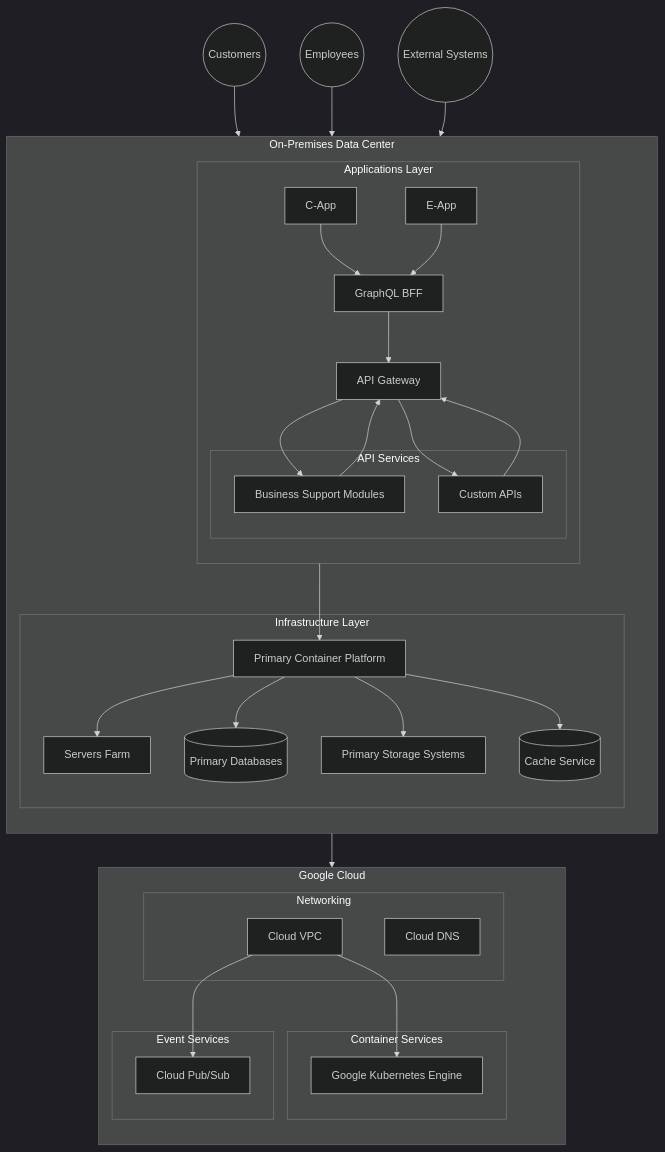
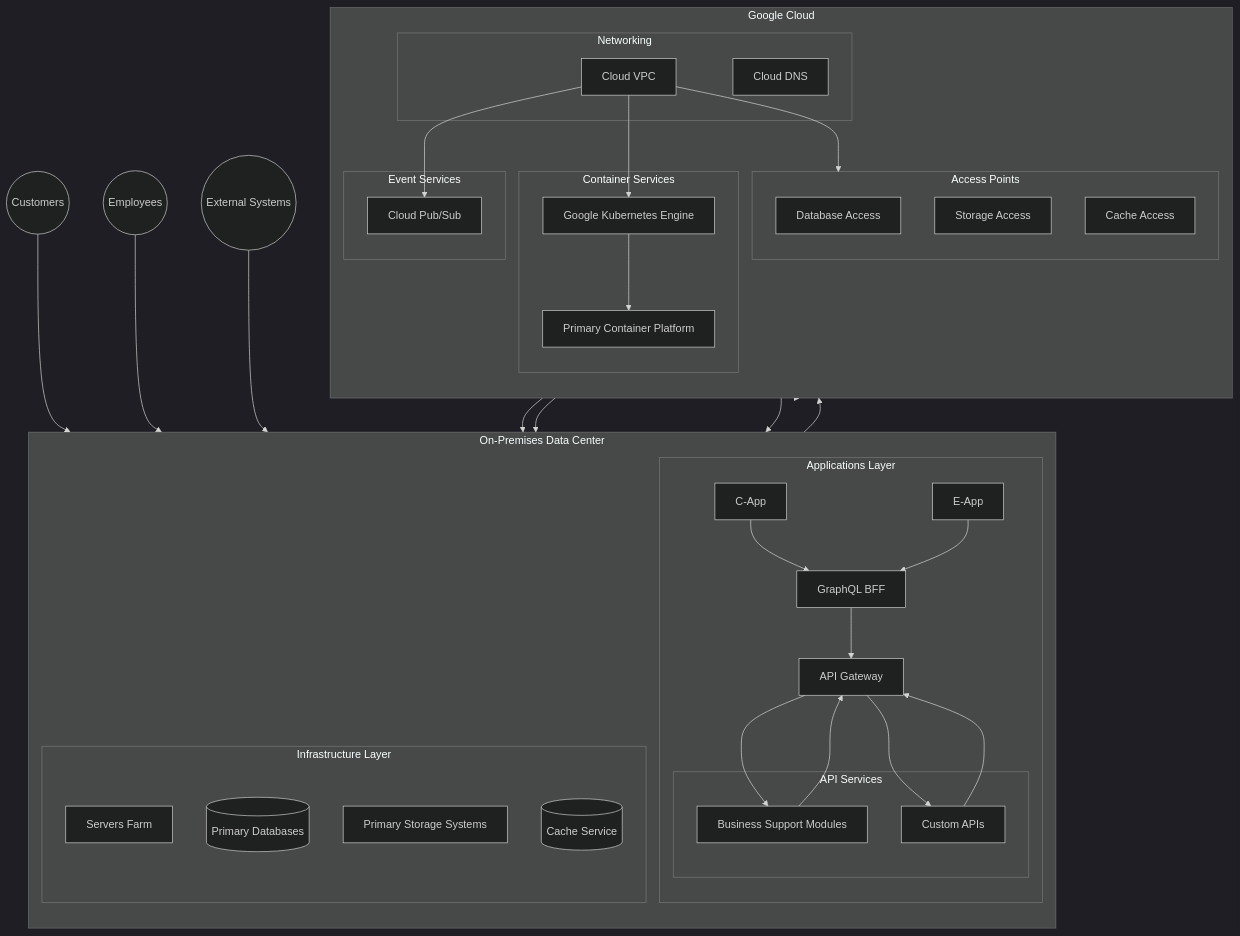
The diagram in GCP-HybridCloud.md (henryrestive/infra-docs), drawn with Mermaid (dark theme) before and after one commit. The commit also changed 2 other files, not shown here.

Commit message:
Update diagram

````diff
--- a/GCP-HybridCloud.md
+++ b/GCP-HybridCloud.md
@@ -8,63 +8,70 @@
 ```mermaid
 graph TB
     subgraph OnPrem[On-Premises Data Center]
         direction TB
         subgraph Apps[Applications Layer]
             CApp[C-App]
             EApp[E-App]
             subgraph API[API Services]
                 BSM[Business Support Modules]
                 CustomAPI[Custom APIs]
             end
             BFF[GraphQL BFF]
             Gateway[API Gateway]
         end
         
         subgraph Infrastructure[Infrastructure Layer]
             ServersFarm[Servers Farm]
-            ContainerPlatform[Primary Container Platform]
             PrimaryDB[(Primary Databases)]
             PrimaryStorage[Primary Storage Systems]
             CacheService[(Cache Service)]
         end
     end
 
     subgraph GCP[Google Cloud]
         direction TB
         subgraph Network[Networking]
             VPC[Cloud VPC]
             CloudDNS[Cloud DNS]
         end
         
         subgraph Compute[Container Services]
             GKE[Google Kubernetes Engine]
+            ContainerPlatform[Primary Container Platform]
+        end
+        
+        subgraph Access[Access Points]
+            DBAccess[Database Access]
+            StorageAccess[Storage Access]
+            CacheAccess[Cache Access]
         end
         
         subgraph Messaging[Event Services]
             PubSub[Cloud Pub/Sub]
         end
     end
 
     %% External entities
     Customers((Customers))
     Employees((Employees))
     ExternalSystems((External Systems))
 
     %% Connections
     CApp & EApp --> BFF
     BFF --> Gateway
     BSM & CustomAPI --> Gateway
     Gateway --> BSM
     Gateway --> CustomAPI
     Customers --> CApp
     Employees --> EApp
     ExternalSystems --> Gateway
     Apps --> ContainerPlatform
-    ContainerPlatform --> ServersFarm
-    ContainerPlatform --> PrimaryDB
-    ContainerPlatform --> PrimaryStorage
-    ContainerPlatform --> CacheService
     Infrastructure --> Network
     VPC --> GKE
+    GKE --> ContainerPlatform
+    VPC --> Access
+    DBAccess --> PrimaryDB
+    StorageAccess --> PrimaryStorage
+    CacheAccess --> CacheService
     VPC --> PubSub
 ```
````
